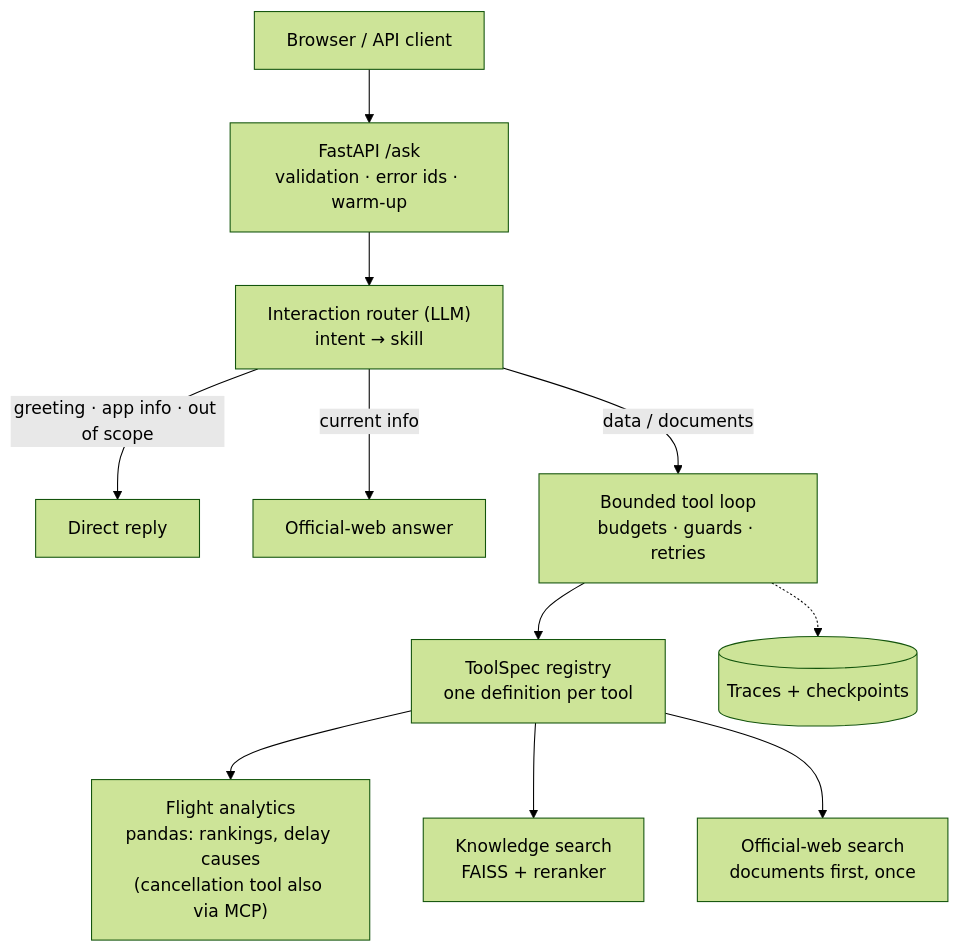
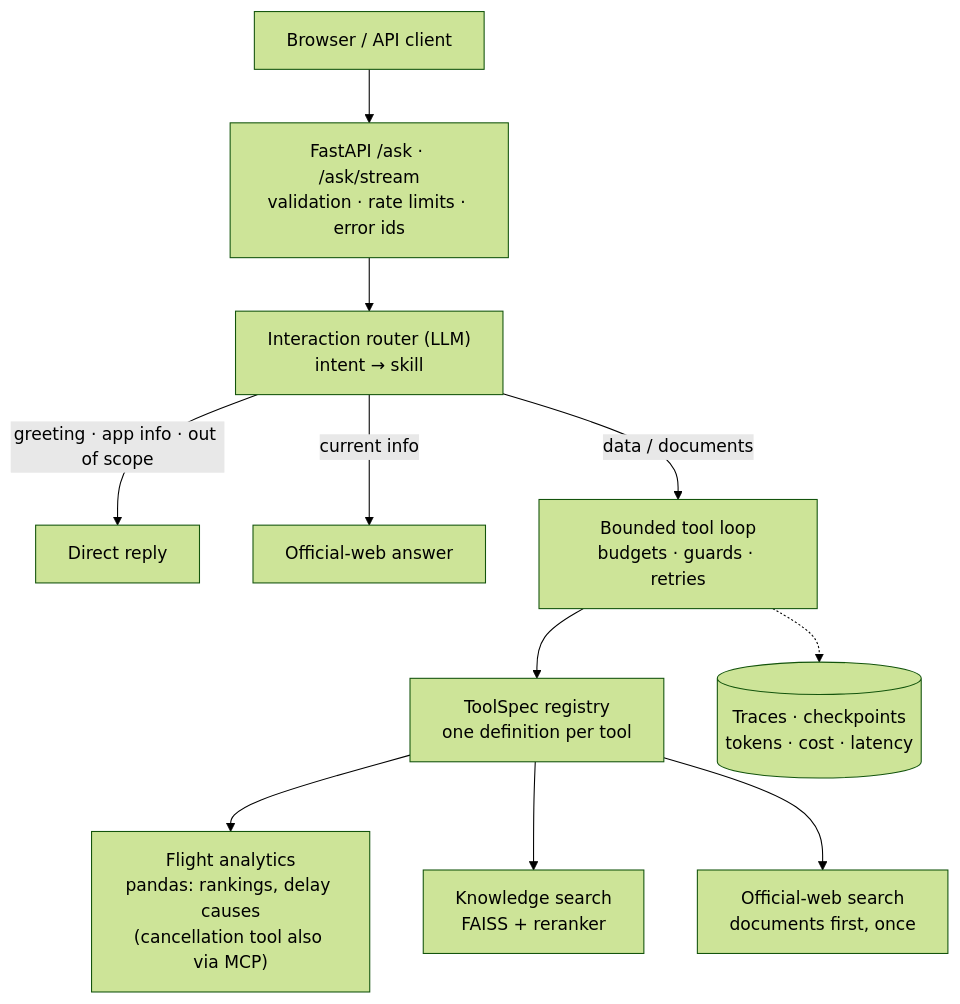
Before and after one commit to norochalise/agentic-airline-bi: the diagram in README.md, drawn with Mermaid (forest theme). The commit also changed other lines of this file and 14 other files, not shown here.

````diff
--- a/README.md
+++ b/README.md
@@ -27,13 +76,13 @@
 ```mermaid
 flowchart TB
-    U["Browser / API client"] --> API["FastAPI /ask<br/>validation · error ids · warm-up"]
+    U["Browser / API client"] --> API["FastAPI /ask · /ask/stream<br/>validation · rate limits · error ids"]
     API --> IR["Interaction router (LLM)<br/>intent → skill"]
     IR -->|greeting · app info · out of scope| DR["Direct reply"]
     IR -->|current info| WEB["Official-web answer"]
     IR -->|data / documents| LOOP["Bounded tool loop<br/>budgets · guards · retries"]
     LOOP --> REG["ToolSpec registry<br/>one definition per tool"]
     REG --> DATA["Flight analytics<br/>pandas: rankings, delay causes<br/>(cancellation tool also via MCP)"]
     REG --> RAG["Knowledge search<br/>FAISS + reranker"]
     REG --> OW["Official-web search<br/>documents first, once"]
-    LOOP -.-> OBS[("Traces + checkpoints")]
+    LOOP -.-> OBS[("Traces · checkpoints<br/>tokens · cost · latency")]
 ```
````
